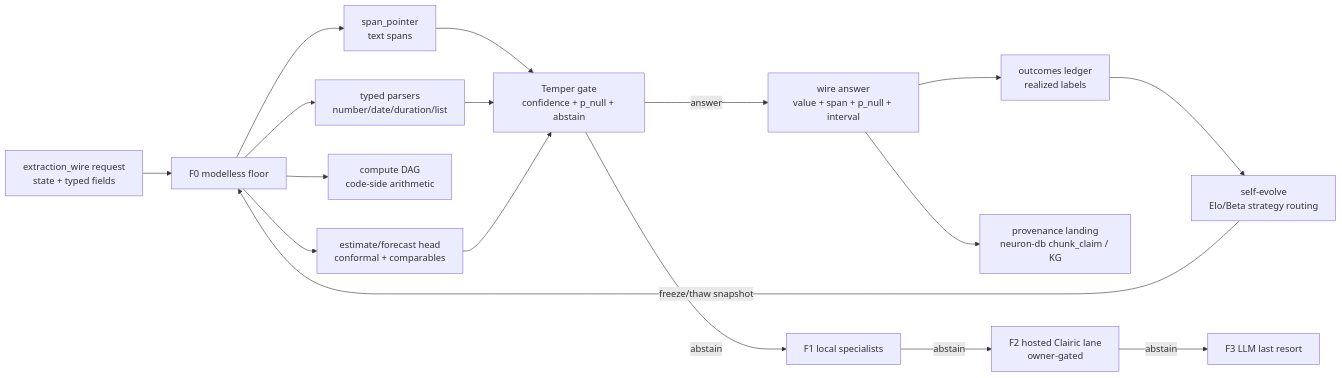
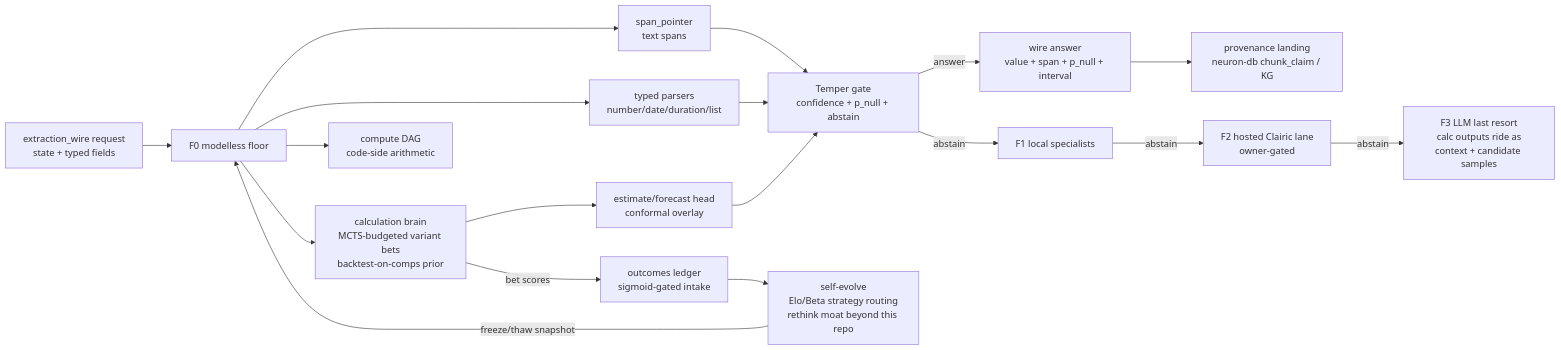
Before and after one commit to katopz/katgpt-rs: the diagram in .proposals/016_fathom_extraction_stack.md, drawn with Mermaid. The commit also changed other lines of this file and 2 other files, not shown here.

````diff
--- a/.proposals/016_fathom_extraction_stack.md
+++ b/.proposals/016_fathom_extraction_stack.md
@@ -31,19 +31,20 @@
 ```mermaid
 graph LR
     A[extraction_wire request<br/>state + typed fields] --> B[F0 modelless floor]
     B --> B1[span_pointer<br/>text spans]
     B --> B2[typed parsers<br/>number/date/duration/list]
     B --> B3[compute DAG<br/>code-side arithmetic]
-    B --> B4[estimate/forecast head<br/>conformal + comparables]
-    B1 --> T[Temper gate<br/>confidence + p_null + abstain]
+    B --> C[calculation brain<br/>MCTS-budgeted variant bets<br/>backtest-on-comps prior]
+    C --> B4[estimate/forecast head<br/>conformal overlay]
+    B4 --> T[Temper gate<br/>confidence + p_null + abstain]
+    B1 --> T
     B2 --> T
-    B4 --> T
+    C -->|bet scores| S[outcomes ledger<br/>sigmoid-gated intake]
     T -->|answer| W[wire answer<br/>value + span + p_null + interval]
     T -->|abstain| E[F1 local specialists]
     E -->|abstain| F2[F2 hosted Clairic lane<br/>owner-gated]
-    F2 -->|abstain| F3[F3 LLM last resort]
+    F2 -->|abstain| F3[F3 LLM last resort<br/>calc outputs ride as<br/>context + candidate samples]
     W --> P[provenance landing<br/>neuron-db chunk_claim / KG]
-    W --> S[outcomes ledger<br/>realized labels]
-    S --> SE[self-evolve<br/>Elo/Beta strategy routing]
+    S --> SE[self-evolve<br/>Elo/Beta strategy routing<br/>rethink moat beyond this repo]
     SE -->|freeze/thaw snapshot| B
 ```
````
